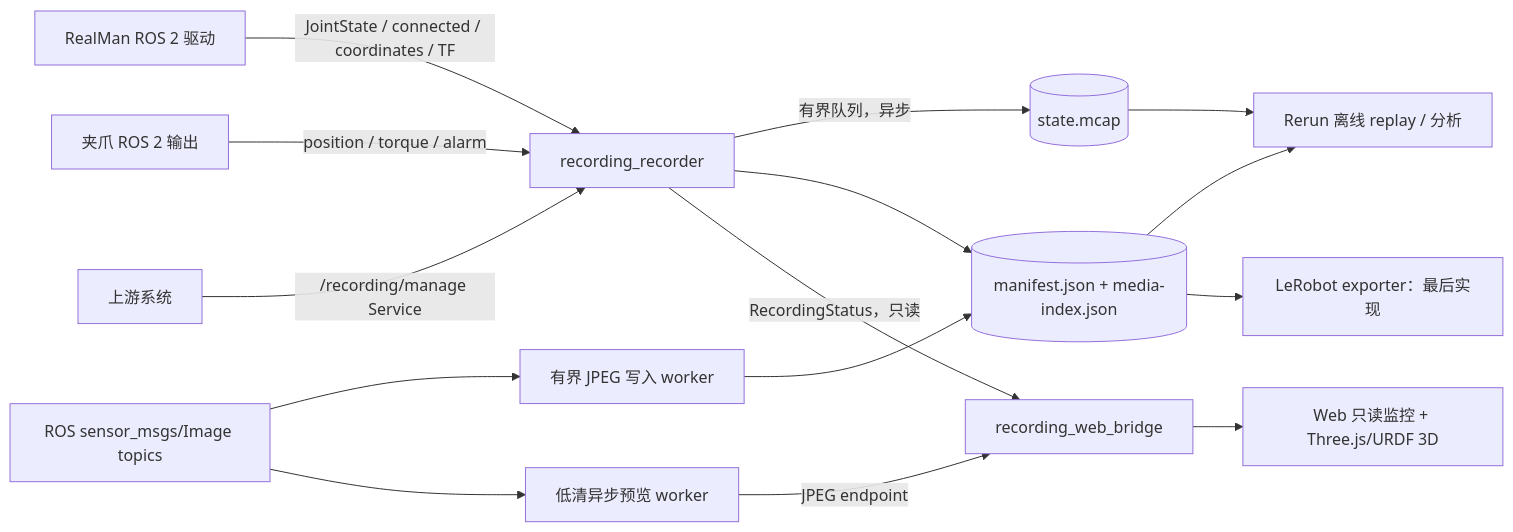
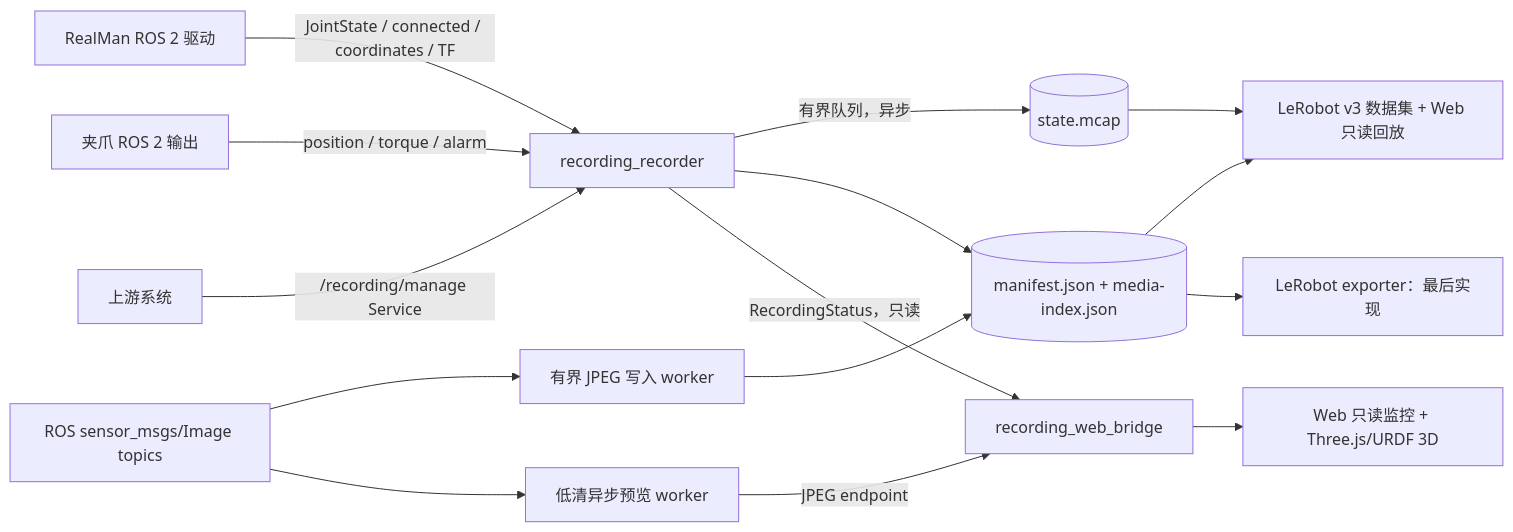
The diagram in src/recording/README.md (QingTianRobot/realman_pi), drawn with Mermaid before and after one commit. The commit also changed other lines of this file and 20 other files, not shown here.

````diff
--- a/src/recording/README.md
+++ b/src/recording/README.md
@@ -59,17 +60,17 @@
 ```mermaid
 flowchart LR
   D[RealMan ROS 2 驱动] -->|JointState / connected / coordinates / TF| R[recording_recorder]
   G[夹爪 ROS 2 输出] -->|position / torque / alarm| R
   C[ROS sensor_msgs/Image topics] --> V[有界 JPEG 写入 worker]
   R -->|有界队列，异步| M[(state.mcap)]
   R --> S[(manifest.json + media-index.json)]
   V --> S
   R -->|RecordingStatus，只读| W[recording_web_bridge]
   C --> P[低清异步预览 worker]
   P -->|JPEG endpoint| W
   W --> B[Web 只读监控 + Three.js/URDF 3D]
-  S --> Q[Rerun 离线 replay / 分析]
+  S --> Q[LeRobot v3 数据集 + Web 只读回放]
   M --> Q
   U[上游系统] -->|/recording/manage Service| R
   S --> L[LeRobot exporter：最后实现]
 ```
````
